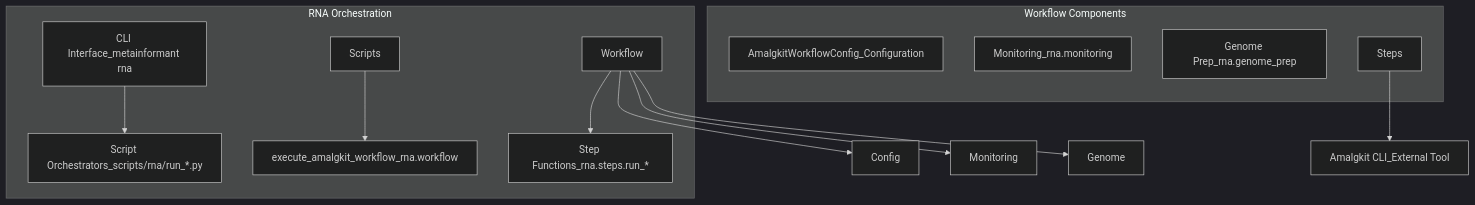
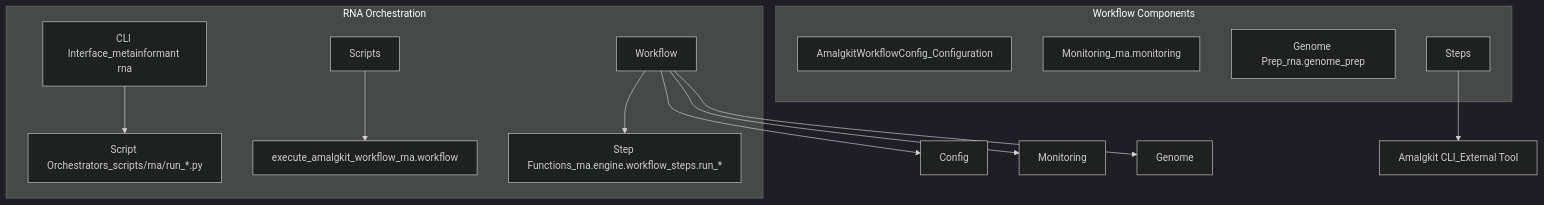
The first of 2 diagrams in docs/rna/workflow.md (docxology/MetaInformAnt), drawn with Mermaid (dark theme) before and after one commit. The commit also changed other lines of this file and 751 other files, not shown here.

````diff
--- a/docs/rna/workflow.md
+++ b/docs/rna/workflow.md
@@ -9,20 +9,20 @@
 ```mermaid
 flowchart TB
     subgraph "RNA Orchestration"
         CLIcliInterfaceMetainformantRna[CLI Interface_metainformant rna] --> ScriptsscriptOrchestratorsScripts/rna/run*.py[Script Orchestrators_scripts/rna/run_*.py]
         Scripts --> WorkflowexecuteAmalgkitWorkflowRna.workflow[execute_amalgkit_workflow_rna.workflow]
-        Workflow --> StepsstepFunctionsRna.steps.run*[Step Functions_rna.steps.run_*]
+        Workflow --> StepsstepFunctionsRna.engine.workflow_steps.run*[Step Functions_rna.engine.workflow_steps.run_*]
     end
 
     subgraph "Workflow Components"
         ConfigamalgkitworkflowconfigConfiguration[AmalgkitWorkflowConfig_Configuration]
         MonitoringmonitoringRna.monitoring[Monitoring_rna.monitoring]
         GenomegenomePrepRna.genomePrep[Genome Prep_rna.genome_prep]
         Steps
     end
 
     Workflow --> Config
     Workflow --> Monitoring
     Workflow --> Genome
     Steps --> AmalgkitamalgkitCliExternalTool[Amalgkit CLI_External Tool]
 ```
````
